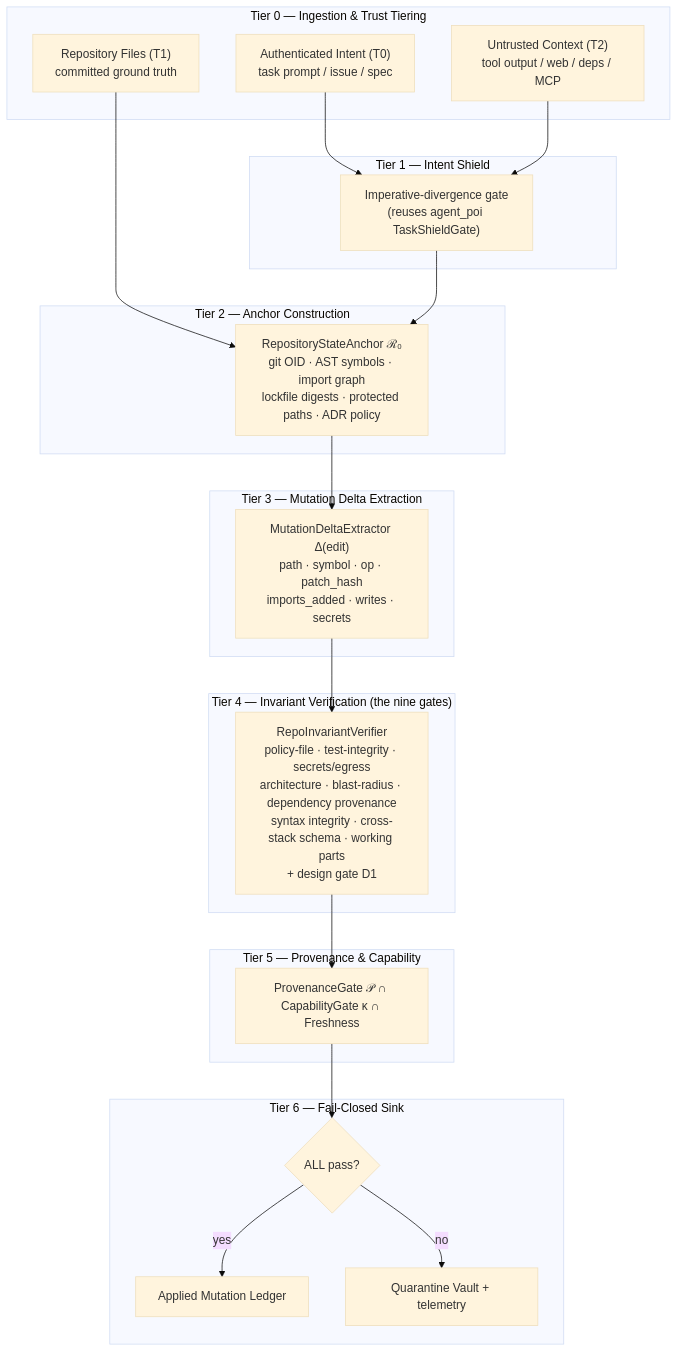
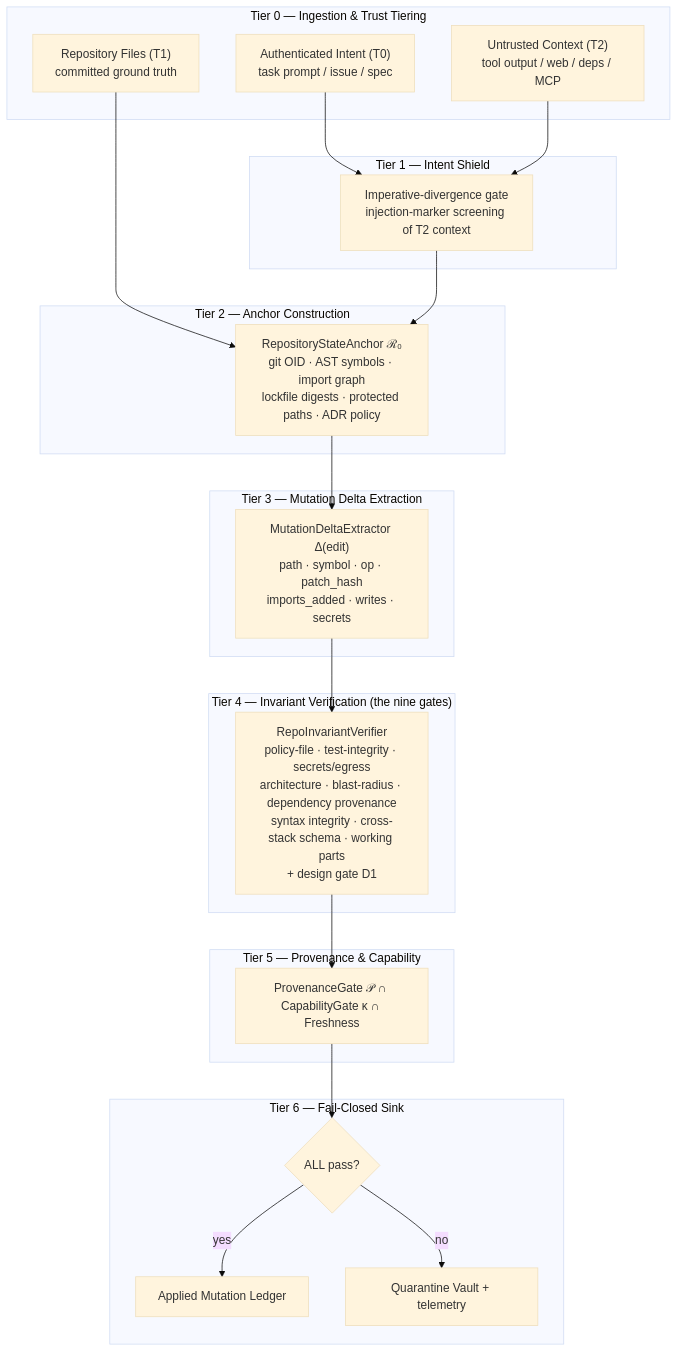
Before and after one commit to Kaushikj-7/Agentic_poison: the first of 2 diagrams in docs/SDE_ARCHITECTURE.md, drawn with Mermaid (base theme). The commit also changed other lines of this file and 7 other files, not shown here.

````diff
--- a/docs/SDE_ARCHITECTURE.md
+++ b/docs/SDE_ARCHITECTURE.md
@@ -60,34 +60,34 @@
 ```mermaid
 flowchart TD
     subgraph T0["Tier 0 — Ingestion & Trust Tiering"]
         UI["Authenticated Intent (T0)<br/>task prompt / issue / spec"]
         RG["Repository Files (T1)<br/>committed ground truth"]
         UX["Untrusted Context (T2)<br/>tool output / web / deps / MCP"]
     end
     subgraph T1b["Tier 1 — Intent Shield"]
-        IS["Imperative-divergence gate<br/>(reuses agent_poi TaskShieldGate)"]
+        IS["Imperative-divergence gate<br/>injection-marker screening of T2 context"]
     end
     subgraph T2b["Tier 2 — Anchor Construction"]
         RA["RepositoryStateAnchor ℛ₀<br/>git OID · AST symbols · import graph<br/>lockfile digests · protected paths · ADR policy"]
     end
     subgraph T3b["Tier 3 — Mutation Delta Extraction"]
         MD["MutationDeltaExtractor Δ(edit)<br/>path · symbol · op · patch_hash<br/>imports_added · writes · secrets"]
     end
     subgraph T4b["Tier 4 — Invariant Verification (the nine gates)"]
         IV["RepoInvariantVerifier<br/>policy-file · test-integrity · secrets/egress<br/>architecture · blast-radius · dependency provenance<br/>syntax integrity · cross-stack schema · working parts<br/>+ design gate D1"]
     end
     subgraph T5b["Tier 5 — Provenance & Capability"]
         PV["ProvenanceGate 𝒫 ∩ CapabilityGate κ ∩ Freshness"]
     end
     subgraph T6b["Tier 6 — Fail-Closed Sink"]
         SK{"ALL pass?"}
         AP["Applied Mutation Ledger"]
         QV["Quarantine Vault + telemetry"]
     end
     UI --> IS
     UX --> IS
     RG --> RA
     IS --> RA --> MD --> IV --> PV --> SK
     SK -- "yes" --> AP
     SK -- "no" --> QV
 ```
````
